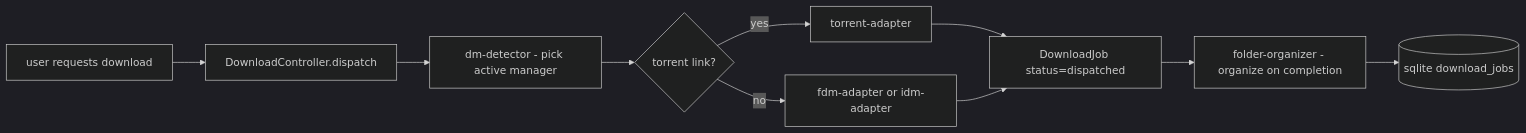
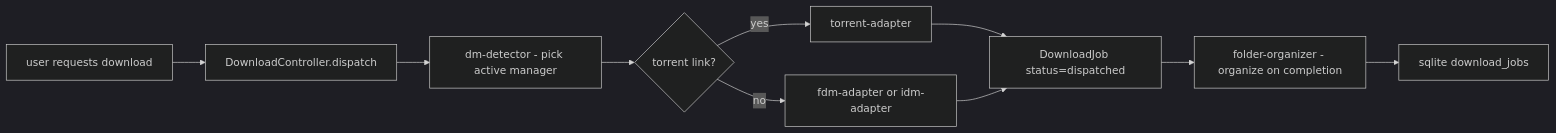
The first of 2 diagrams in .agents/agents/dm/dm.md (HELIX-Origin/LewdZone-Launcher), drawn with Mermaid (dark theme) before and after one commit. The commit also changed other lines of this file and 35 other files, not shown here.

First line of the commit message:
🎨 fix(agents): make all mermaid diagrams Rule 09 compliant

````diff
--- a/.agents/agents/dm/dm.md
+++ b/.agents/agents/dm/dm.md
@@ -32,12 +32,12 @@
 ```mermaid
 flowchart LR
     U["user requests download"] --> C["DownloadController.dispatch"]
     C --> D["dm-detector - pick active manager"]
     D --> T{"torrent link?"}
     T -- yes --> TT["torrent-adapter"]
     T -- no --> FA["fdm-adapter or idm-adapter"]
     TT --> J["DownloadJob status=dispatched"]
     FA --> J
     J --> O["folder-organizer - organize on completion"]
-    O --> DB[("sqlite download_jobs")]
+    O --> DB[""sqlite download_jobs""]
 ```
````
